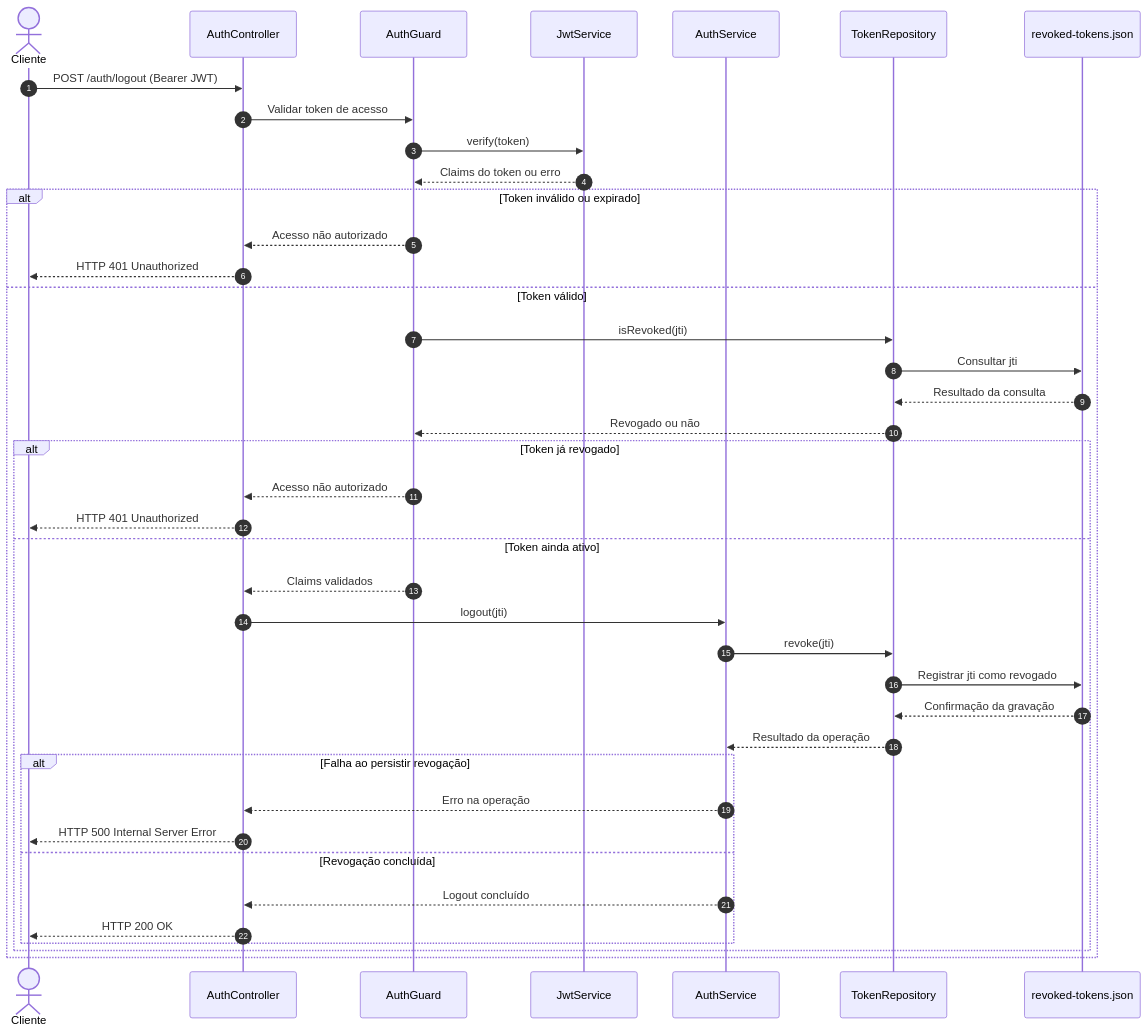
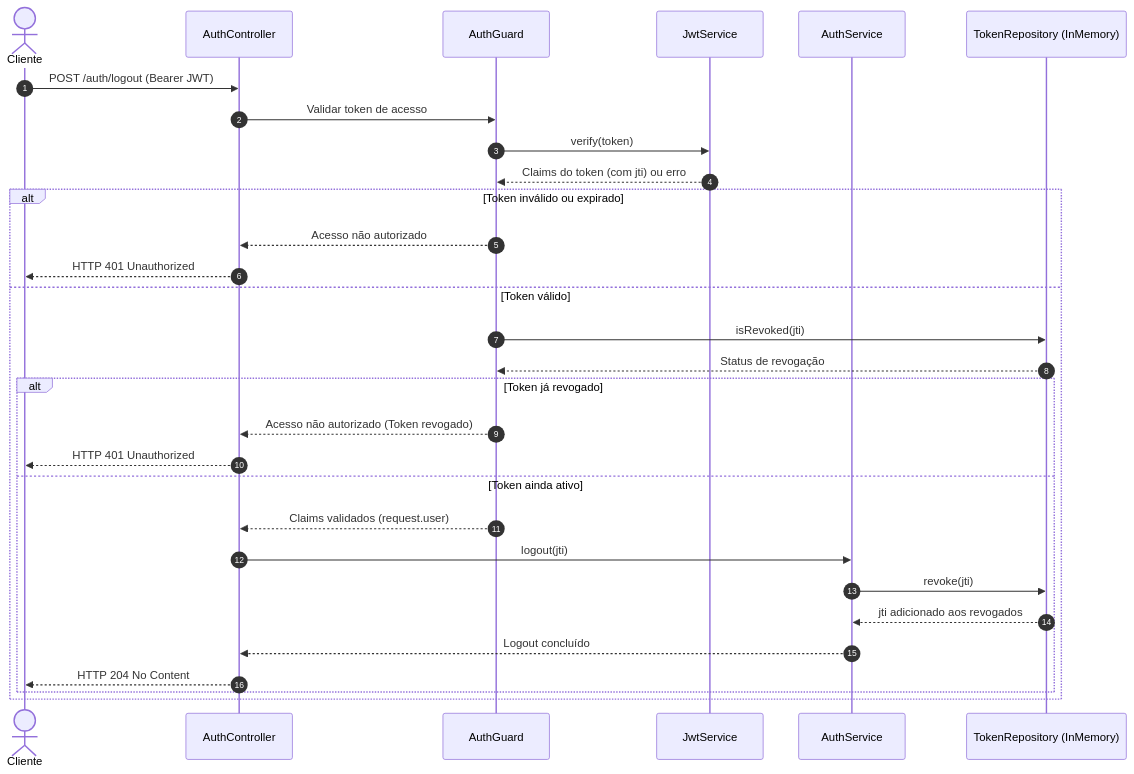
One commit to Tonyy-Maker/MATA-62-TRABALHO-III-VERIDIT-GRUPO-10- changed the diagram in docs/diagrams/sequencia-req-04.md. Above: the diagram before and after it, drawn with Mermaid. The commit also changed other lines of this file and 7 other files, not shown here.

````diff
--- a/docs/diagrams/sequencia-req-04.md
+++ b/docs/diagrams/sequencia-req-04.md
@@ -3,46 +3,34 @@
 ```mermaid
 sequenceDiagram
     autonumber
     actor Cliente
     participant Controller as AuthController
     participant Guard as AuthGuard
     participant JWT as JwtService
     participant Service as AuthService
-    participant Repository as TokenRepository
-    participant JSON as revoked-tokens.json
+    participant Repository as TokenRepository (InMemory)
 
     Cliente->>Controller: POST /auth/logout (Bearer JWT)
     Controller->>Guard: Validar token de acesso
     Guard->>JWT: verify(token)
-    JWT-->>Guard: Claims do token ou erro
+    JWT-->>Guard: Claims do token (com jti) ou erro
 
     alt Token inválido ou expirado
         Guard-->>Controller: Acesso não autorizado
         Controller-->>Cliente: HTTP 401 Unauthorized
     else Token válido
         Guard->>Repository: isRevoked(jti)
-        Repository->>JSON: Consultar jti
-        JSON-->>Repository: Resultado da consulta
-        Repository-->>Guard: Revogado ou não
-
+        Repository-->>Guard: Status de revogação
         alt Token já revogado
-            Guard-->>Controller: Acesso não autorizado
+            Guard-->>Controller: Acesso não autorizado (Token revogado)
             Controller-->>Cliente: HTTP 401 Unauthorized
         else Token ainda ativo
-            Guard-->>Controller: Claims validados
+            Guard-->>Controller: Claims validados (request.user)
             Controller->>Service: logout(jti)
             Service->>Repository: revoke(jti)
-            Repository->>JSON: Registrar jti como revogado
-            JSON-->>Repository: Confirmação da gravação
-            Repository-->>Service: Resultado da operação
-
-            alt Falha ao persistir revogação
-                Service-->>Controller: Erro na operação
-                Controller-->>Cliente: HTTP 500 Internal Server Error
-            else Revogação concluída
-                Service-->>Controller: Logout concluído
-                Controller-->>Cliente: HTTP 200 OK
-            end
+            Repository-->>Service: jti adicionado aos revogados
+            Service-->>Controller: Logout concluído
+            Controller-->>Cliente: HTTP 204 No Content
         end
     end
 ```
````
